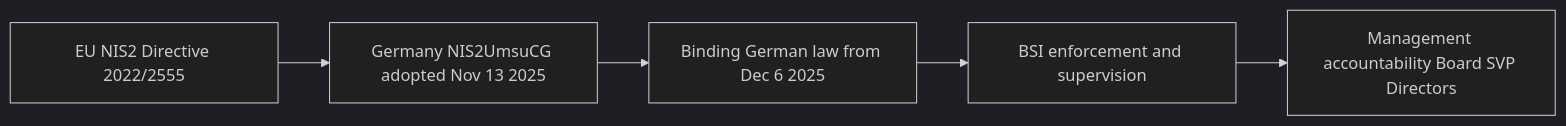
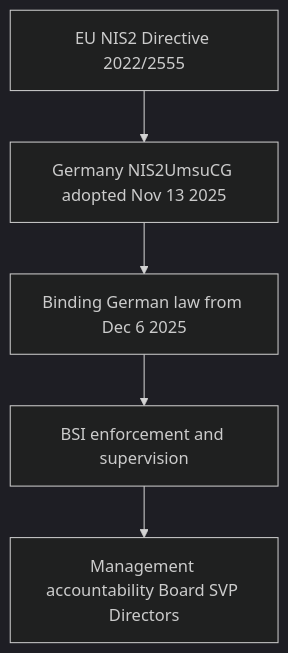
The diagram in docs/source/nis2-2026.rst (Mynkskhr/diehlmetering), drawn with Mermaid (dark theme) before and after one commit.

```diff
--- a/docs/source/nis2-2026.rst
+++ b/docs/source/nis2-2026.rst
@@ -10,13 +10,13 @@
 .. mermaid::
 
-   flowchart LR
+   flowchart TB
        EU[EU NIS2 Directive 2022/2555]
        DE[Germany NIS2UmsuCG adopted Nov 13 2025]
        LAW[Binding German law from Dec 6 2025]
        BSI[BSI enforcement and supervision]
        MGMT[Management accountability Board SVP Directors]
 
        EU --> DE
        DE --> LAW
        LAW --> BSI
        BSI --> MGMT
```
